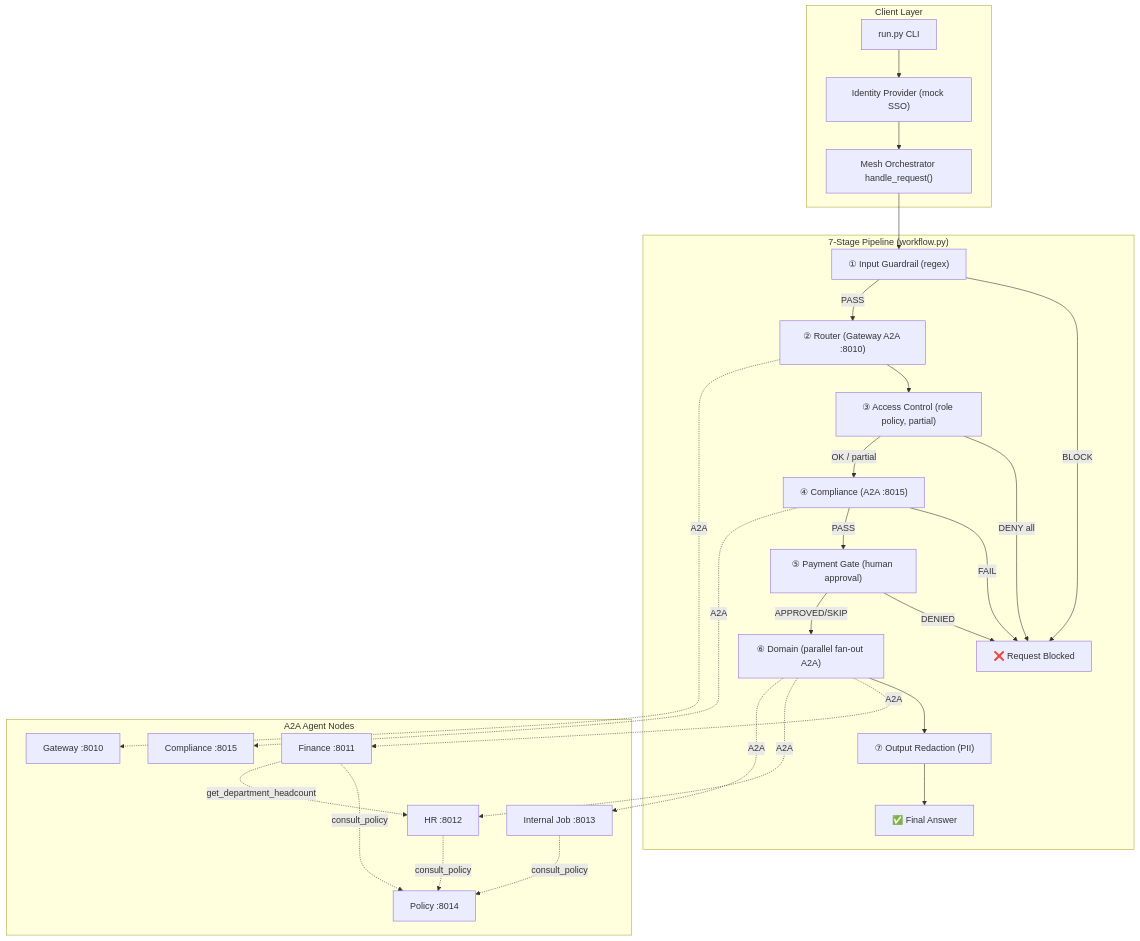
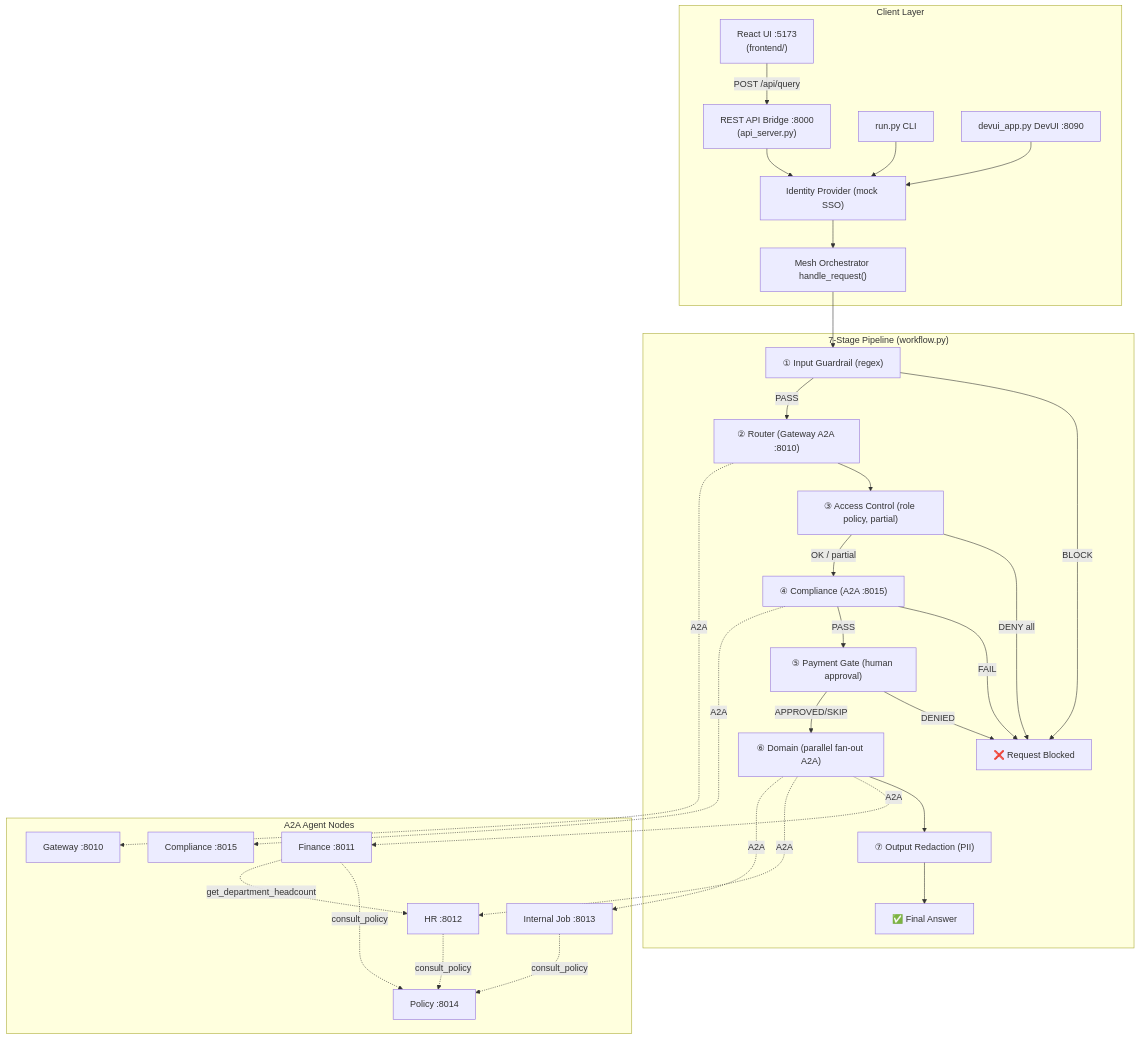
One commit to manojchevula-acc/agent-mesh changed the first of 2 diagrams in SYSTEM_FLOW.md. Above: the diagram before and after it, drawn with Mermaid. The commit also changed other lines of this file and 73 other files, not shown here.

First line of the commit message:
feat: add React UI frontend and fix Grafana Cloud observability pipeline

````diff
--- a/SYSTEM_FLOW.md
+++ b/SYSTEM_FLOW.md
@@ -75,39 +76,46 @@
 ```mermaid
 flowchart TD
     subgraph CLIENT["Client Layer"]
-        CLI["run.py CLI"] --> LOGIN["Identity Provider (mock SSO)"]
+        UI["React UI :5173\n(frontend/)"]
+        API["REST API Bridge :8000\n(api_server.py)"]
+        CLI["run.py CLI"]
+        DEVUI["devui_app.py DevUI :8090"]
+        UI -->|"POST /api/query"| API
+        API --> LOGIN["Identity Provider (mock SSO)"]
+        CLI --> LOGIN
+        DEVUI --> LOGIN
         LOGIN --> ORCH["Mesh Orchestrator handle_request()"]
     end
 
     subgraph PIPELINE["7-Stage Pipeline (workflow.py)"]
         ORCH --> S1["① Input Guardrail (regex)"]
         S1 -->|BLOCK| BLOCKED["❌ Request Blocked"]
         S1 -->|PASS| S2["② Router (Gateway A2A :8010)"]
         S2 --> S3["③ Access Control (role policy, partial)"]
         S3 -->|DENY all| BLOCKED
         S3 -->|OK / partial| S4["④ Compliance (A2A :8015)"]
         S4 -->|FAIL| BLOCKED
         S4 -->|PASS| S5["⑤ Payment Gate (human approval)"]
         S5 -->|DENIED| BLOCKED
         S5 -->|APPROVED/SKIP| S6["⑥ Domain (parallel fan-out A2A)"]
         S6 --> S7["⑦ Output Redaction (PII)"]
         S7 --> RESULT["✅ Final Answer"]
     end
 
     subgraph AGENTS["A2A Agent Nodes"]
         GW["Gateway :8010"]
         FIN["Finance :8011"]
         HR["HR :8012"]
         JOB["Internal Job :8013"]
         POL["Policy :8014"]
         COMP["Compliance :8015"]
     end
 
     S2 -.->|A2A| GW
     S4 -.->|A2A| COMP
     S6 -.->|A2A| FIN
     S6 -.->|A2A| HR
     S6 -.->|A2A| JOB
     FIN & HR & JOB -.->|consult_policy| POL
     FIN -.->|get_department_headcount| HR
 ```
````
